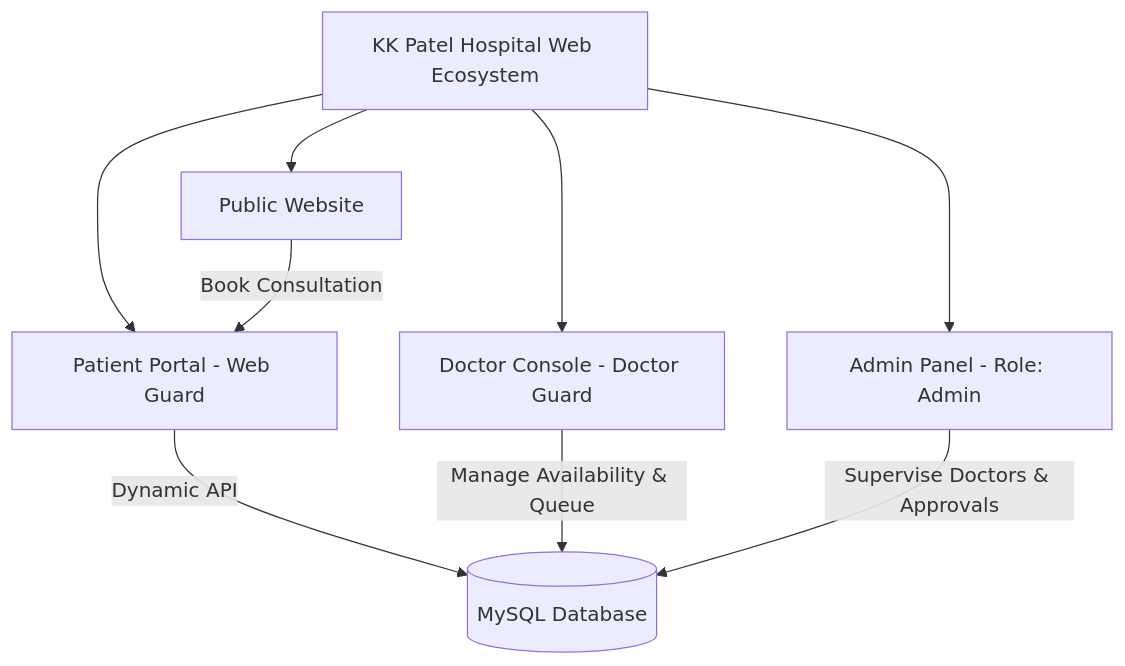
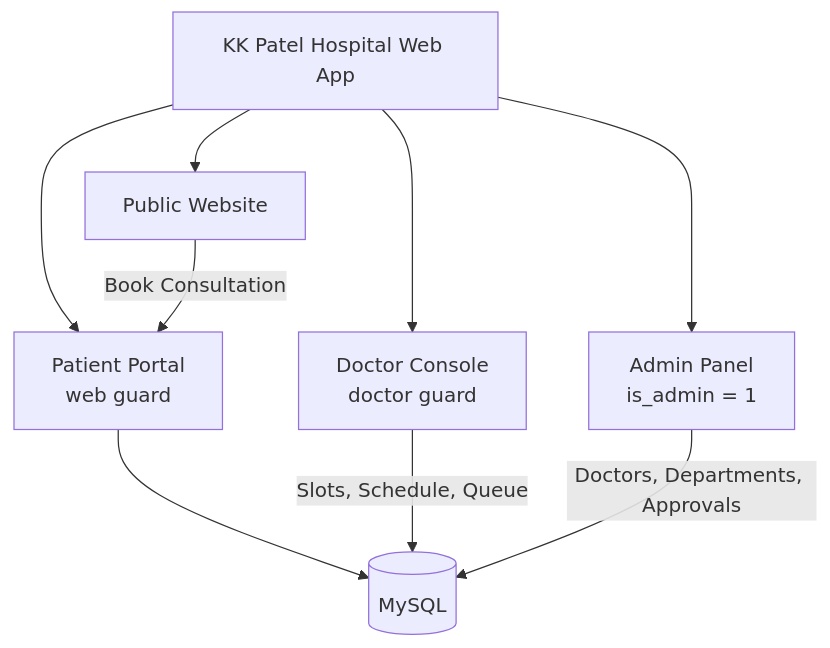
One commit to GorasiyaBhoomin/Hospital-Management-System-Laravel changed the first of 2 diagrams in README.md. Above: the diagram before and after it, drawn with Mermaid. The commit also changed other lines of this file, not shown here.

````diff
--- a/README.md
+++ b/README.md
@@ -53,12 +98,12 @@
 ```mermaid
 graph TD
-    A[KK Patel Hospital Web Ecosystem] --> B[Public Website]
-    A --> C[Patient Portal - Web Guard]
-    A --> D[Doctor Console - Doctor Guard]
-    A --> E[Admin Panel - Role: Admin]
+    A[KK Patel Hospital Web App] --> B[Public Website]
+    A --> C[Patient Portal<br/>web guard]
+    A --> D[Doctor Console<br/>doctor guard]
+    A --> E[Admin Panel<br/>is_admin = 1]
 
     B -->|Book Consultation| C
-    C -->|Dynamic API| F[(MySQL Database)]
-    D -->|Manage Availability & Queue| F
-    E -->|Supervise Doctors & Approvals| F
+    C --> F[(MySQL)]
+    D -->|Slots, Schedule, Queue| F
+    E -->|Doctors, Departments, Approvals| F
 ```
````
